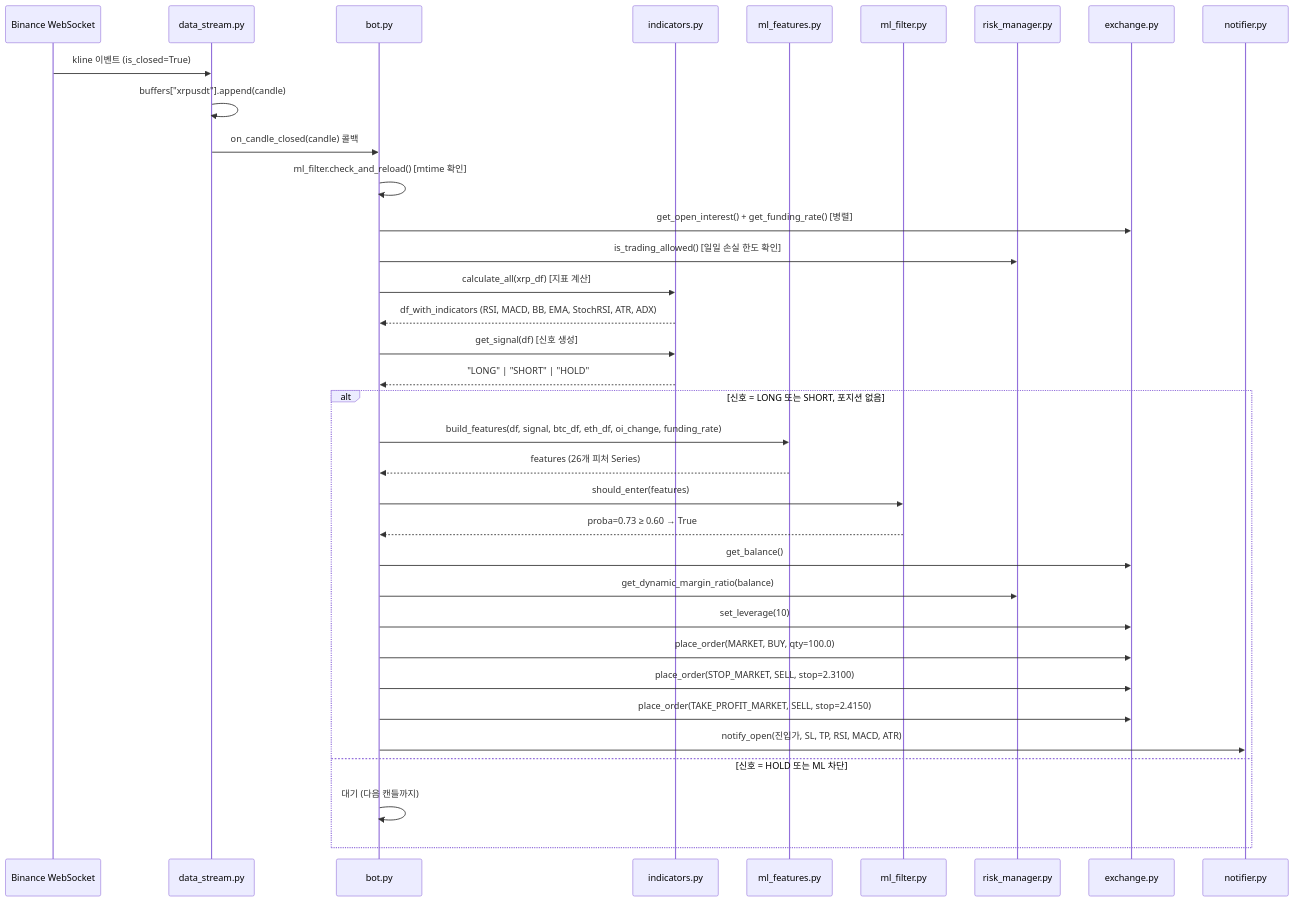
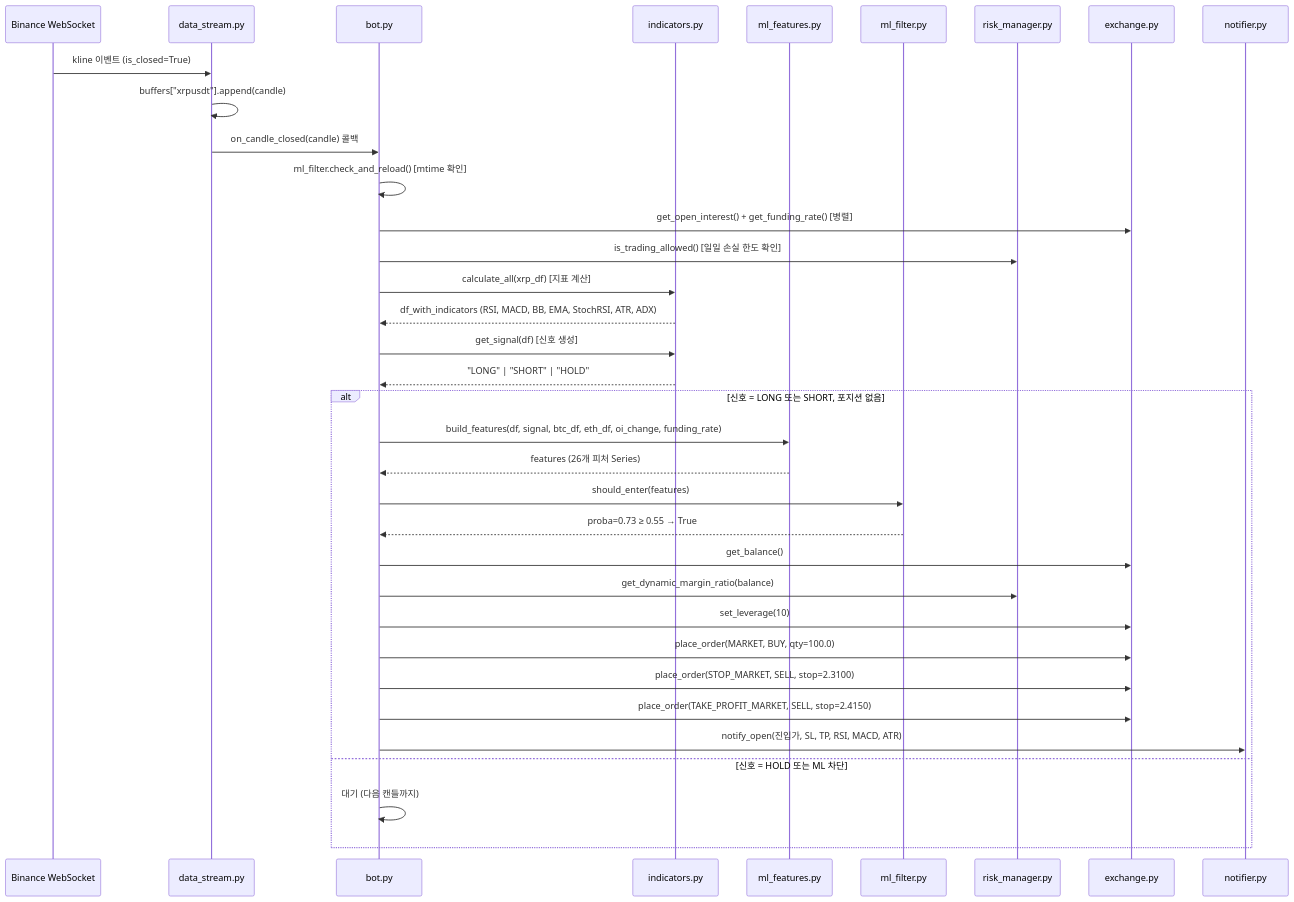
One commit to 21in7/cointrader changed the third of 4 diagrams in ARCHITECTURE.md. Above: the diagram before and after it, drawn with Mermaid. The commit also changed other lines of this file and 7 other files, not shown here.

First line of the commit message:
docs: update architecture and README for improved clarity and structure

````diff
--- a/ARCHITECTURE.md
+++ b/ARCHITECTURE.md
@@ -503,43 +559,43 @@
 ```mermaid
 sequenceDiagram
     participant WS as Binance WebSocket
     participant DS as data_stream.py
     participant BOT as bot.py
     participant IND as indicators.py
     participant MF as ml_features.py
     participant ML as ml_filter.py
     participant RM as risk_manager.py
     participant EX as exchange.py
     participant NT as notifier.py
 
     WS->>DS: kline 이벤트 (is_closed=True)
     DS->>DS: buffers["xrpusdt"].append(candle)
     DS->>BOT: on_candle_closed(candle) 콜백
 
     BOT->>BOT: ml_filter.check_and_reload() [mtime 확인]
     BOT->>EX: get_open_interest() + get_funding_rate() [병렬]
     BOT->>RM: is_trading_allowed() [일일 손실 한도 확인]
 
     BOT->>IND: calculate_all(xrp_df) [지표 계산]
     IND-->>BOT: df_with_indicators (RSI, MACD, BB, EMA, StochRSI, ATR, ADX)
     BOT->>IND: get_signal(df) [신호 생성]
     IND-->>BOT: "LONG" | "SHORT" | "HOLD"
 
     alt 신호 = LONG 또는 SHORT, 포지션 없음
         BOT->>MF: build_features(df, signal, btc_df, eth_df, oi_change, funding_rate)
         MF-->>BOT: features (26개 피처 Series)
         BOT->>ML: should_enter(features)
-        ML-->>BOT: proba=0.73 ≥ 0.60 → True
+        ML-->>BOT: proba=0.73 ≥ 0.55 → True
 
         BOT->>EX: get_balance()
         BOT->>RM: get_dynamic_margin_ratio(balance)
         BOT->>EX: set_leverage(10)
         BOT->>EX: place_order(MARKET, BUY, qty=100.0)
         BOT->>EX: place_order(STOP_MARKET, SELL, stop=2.3100)
         BOT->>EX: place_order(TAKE_PROFIT_MARKET, SELL, stop=2.4150)
         BOT->>NT: notify_open(진입가, SL, TP, RSI, MACD, ATR)
 
     else 신호 = HOLD 또는 ML 차단
         BOT->>BOT: 대기 (다음 캔들까지)
     end
 ```
````
